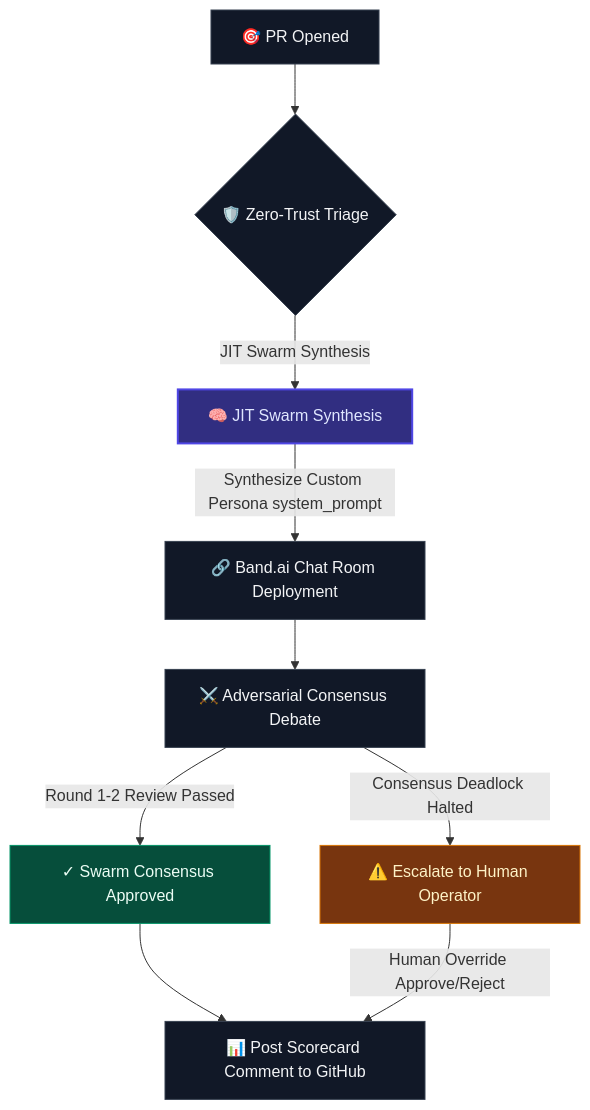
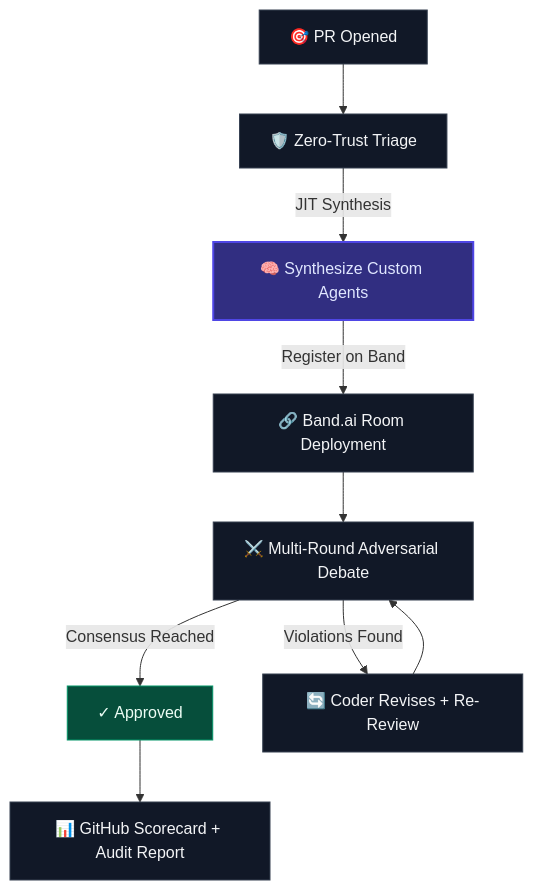
One commit to vjb/WellActually.ai changed the first of 2 diagrams in README.md. Above: the diagram before and after it, drawn with Mermaid. The commit also changed other lines of this file and 14 other files, not shown here.

````diff
--- a/README.md
+++ b/README.md
@@ -29,17 +19,15 @@
 ```mermaid
 flowchart TD
-    %% Styling
     classDef default fill:#111827,stroke:#374151,color:#f3f4f6,stroke-width:1px;
     classDef accent fill:#312e81,stroke:#4f46e5,color:#e0e7ff,stroke-width:2px;
-    classDef warning fill:#78350f,stroke:#d97706,color:#fef3c7,stroke-width:1px;
     classDef success fill:#064e3b,stroke:#059669,color:#ecfdf5,stroke-width:1px;
     
-    A[🎯 PR Opened]:::default --> B{🛡️ Zero-Trust Triage}:::default
-    B -->|JIT Swarm Synthesis| D[🧠 JIT Swarm Synthesis]:::accent
-    D -->|Synthesize Custom Persona system_prompt| E[🔗 Band.ai Chat Room Deployment]:::default
-    E --> F[⚔️ Adversarial Consensus Debate]:::default
-    F -->|Round 1-2 Review Passed| G[✓ Swarm Consensus Approved]:::success
-    F -->|Consensus Deadlock Halted| H[⚠️ Escalate to Human Operator]:::warning
-    G --> I[📊 Post Scorecard Comment to GitHub]:::default
-    H -->|Human Override Approve/Reject| I
+    A["🎯 PR Opened"] --> B["🛡️ Zero-Trust Triage"]
+    B -->|JIT Synthesis| D["🧠 Synthesize Custom Agents"]:::accent
+    D -->|Register on Band| E["🔗 Band.ai Room Deployment"]
+    E --> F["⚔️ Multi-Round Adversarial Debate"]
+    F -->|Consensus Reached| G["✓ Approved"]:::success
+    F -->|Violations Found| H["🔄 Coder Revises + Re-Review"]
+    H --> F
+    G --> I["📊 GitHub Scorecard + Audit Report"]
 ```
````
